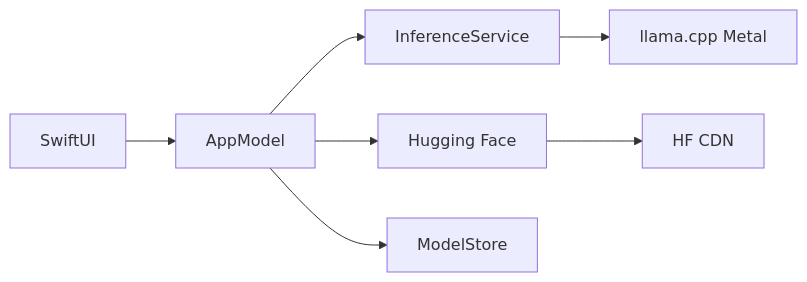
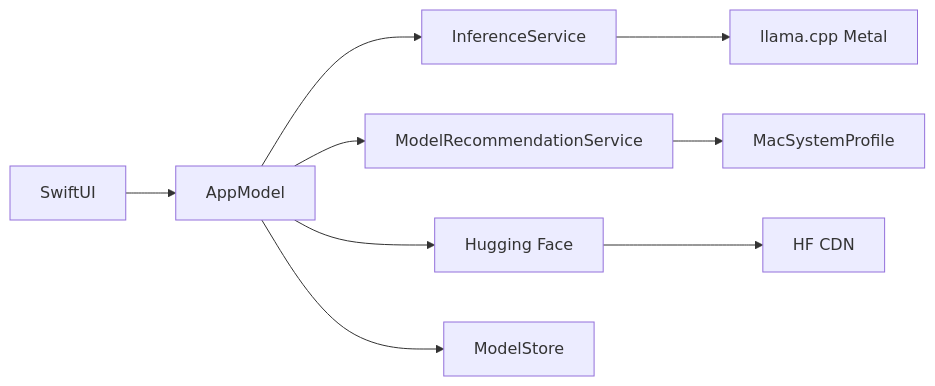
The diagram in README.tr.md (kuarezma/MacLLM), drawn with Mermaid before and after one commit. The commit also changed other lines of this file and 2 other files, not shown here.

````diff
--- a/README.tr.md
+++ b/README.tr.md
@@ -166,9 +213,11 @@
 ```mermaid
 flowchart LR
     UI[SwiftUI] --> AppModel
     AppModel --> Inference[InferenceService]
+    AppModel --> Rec[ModelRecommendationService]
     AppModel --> HF[Hugging Face]
+    Rec --> Profile[MacSystemProfile]
     Inference --> Llama[llama.cpp Metal]
     HF --> CDN[HF CDN]
     AppModel --> Store[ModelStore]
 ```
````
